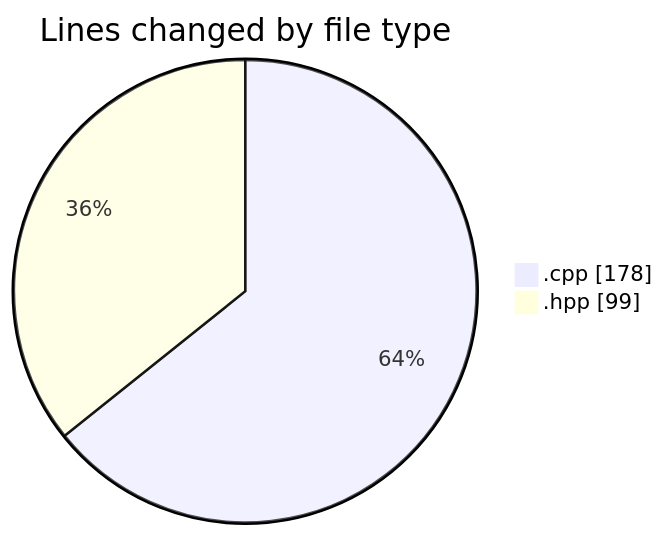
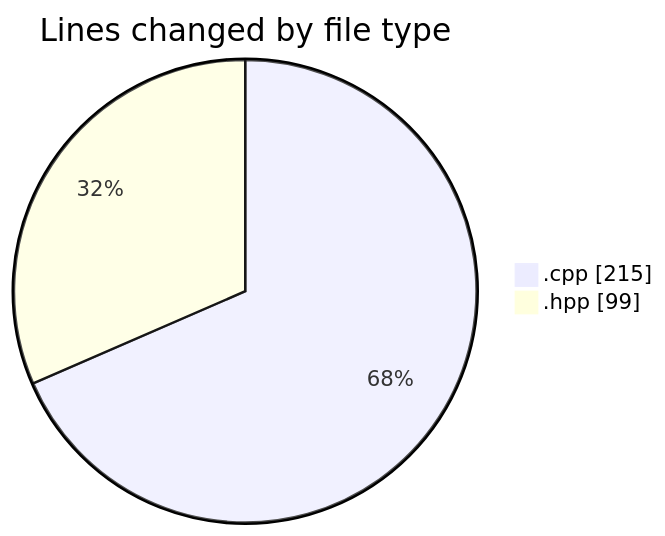
One commit to Netris89/code-tracking changed the first of 2 diagrams in 2025-04-25/echo/README.md. Above: the diagram before and after it, drawn with Mermaid. The commit also changed other lines of this file and 1 other file, not shown here.

````diff
--- a/2025-04-25/echo/README.md
+++ b/2025-04-25/echo/README.md
@@ -21,6 +21,6 @@
 ```mermaid
 pie showData
 title Lines changed by file type
-".cpp" : 178
+".cpp" : 215
 ".hpp" : 99
 ```
````
